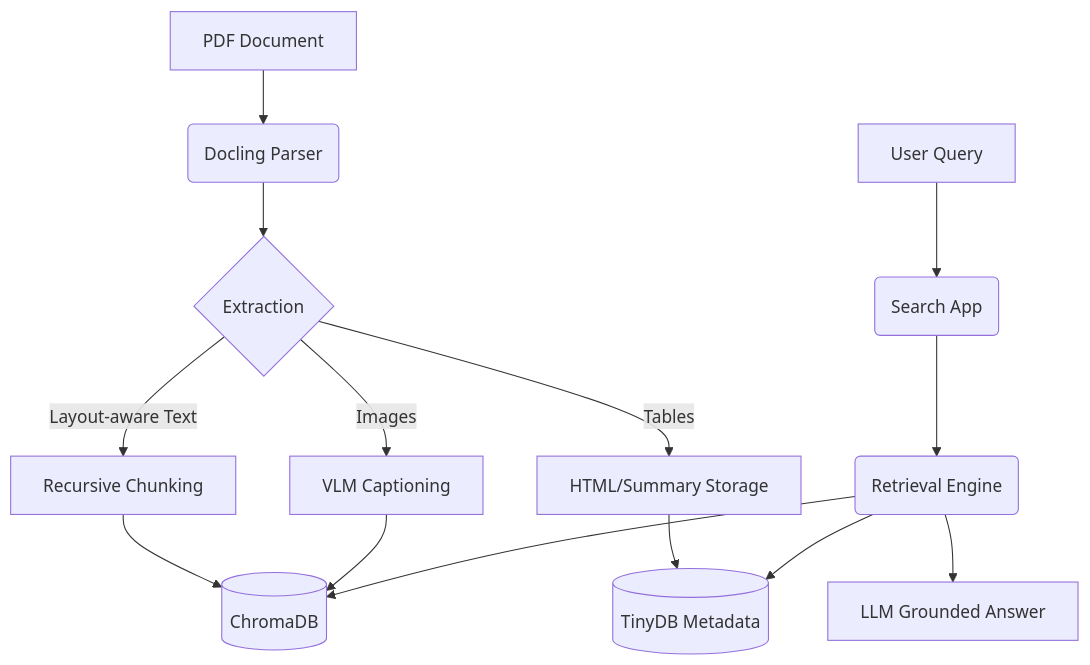
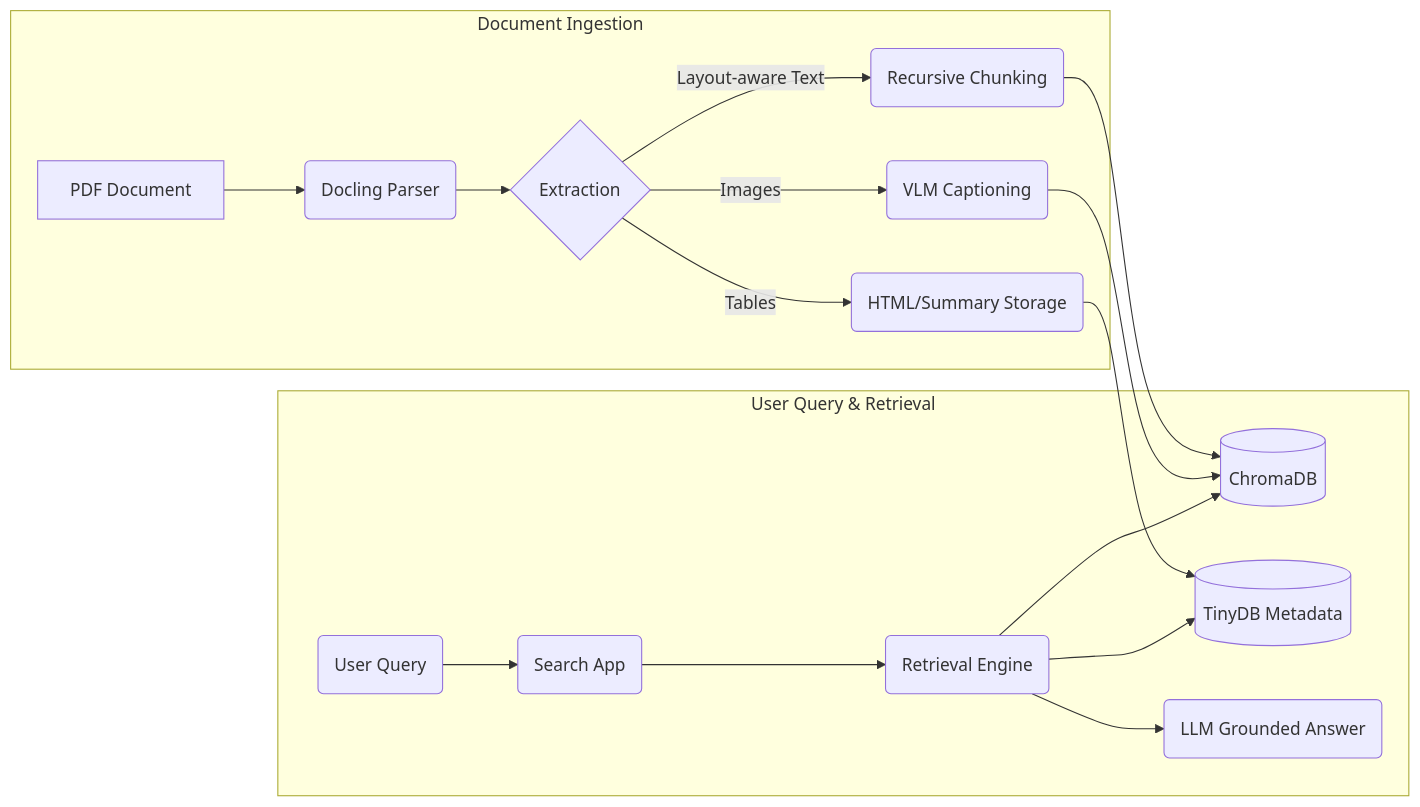
One commit to 24f2000058/pdf_knowledge_tool changed the diagram in README.md. Above: the diagram before and after it, drawn with Mermaid. The commit also changed other lines of this file, not shown here.

Commit message:
Refactor README architecture diagram layout
Updated the README to improve structure and clarity of the architecture diagram.

````diff
--- a/README.md
+++ b/README.md
@@ -26,18 +26,23 @@
 ```mermaid
-graph TD
-    A[PDF Document] --> B(Docling Parser)
-    B --> C{Extraction}
-    C -->|Layout-aware Text| D[Recursive Chunking]
-    C -->|Tables| E[HTML/Summary Storage]
-    C -->|Images| F[VLM Captioning]
-    
+graph LR
+    subgraph Ingestion ["Document Ingestion"]
+        A[PDF Document] --> B(Docling Parser)
+        B --> C{Extraction}
+        C -->|Layout-aware Text| D(Recursive Chunking)
+        C -->|Tables| E(HTML/Summary Storage)
+        C -->|Images| F(VLM Captioning)
+    end
+
     D --> G[(ChromaDB)]
     E --> H[(TinyDB Metadata)]
     F --> G
-    
-    I[User Query] --> J(Search App)
-    J --> K(Retrieval Engine)
-    K --> G
-    K --> H
-    K --> L[LLM Grounded Answer]
+
+    subgraph Retrieval ["User Query & Retrieval"]
+        I(User Query) --> J(Search App)
+        J --> K(Retrieval Engine)
+        K --> G
+        K --> H
+        K --> L(LLM Grounded Answer)
+    end
+
 ```
````
